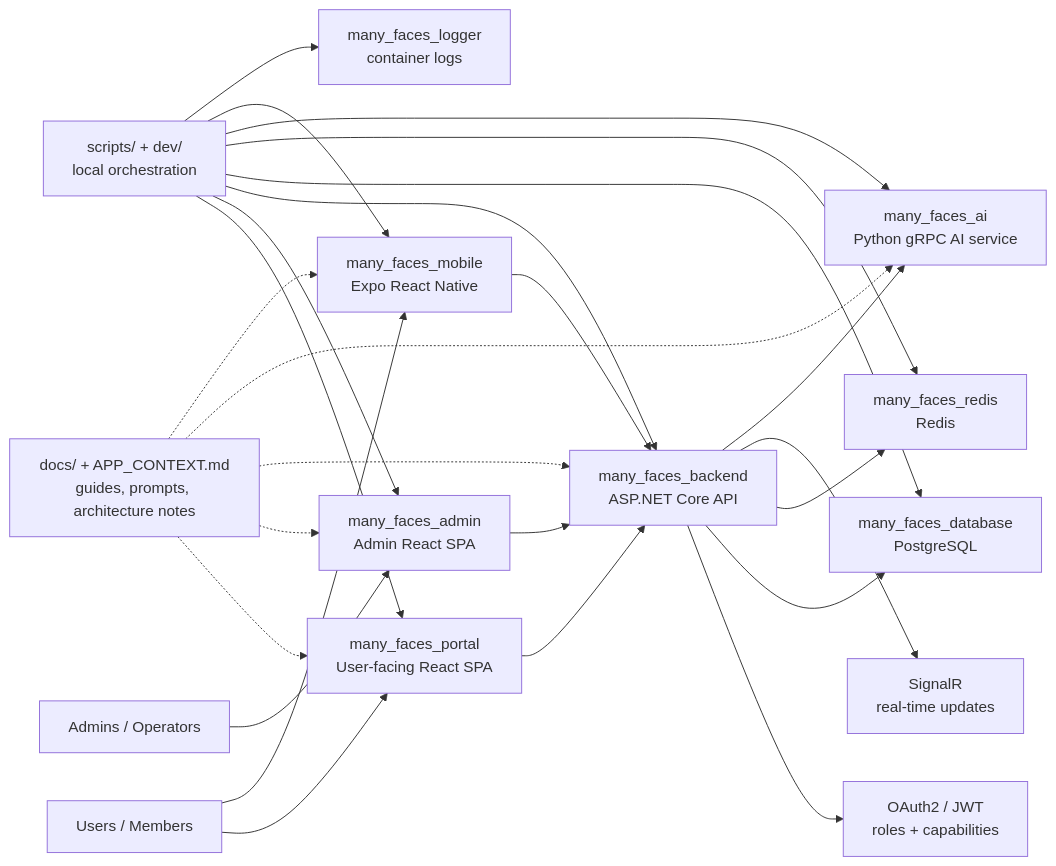
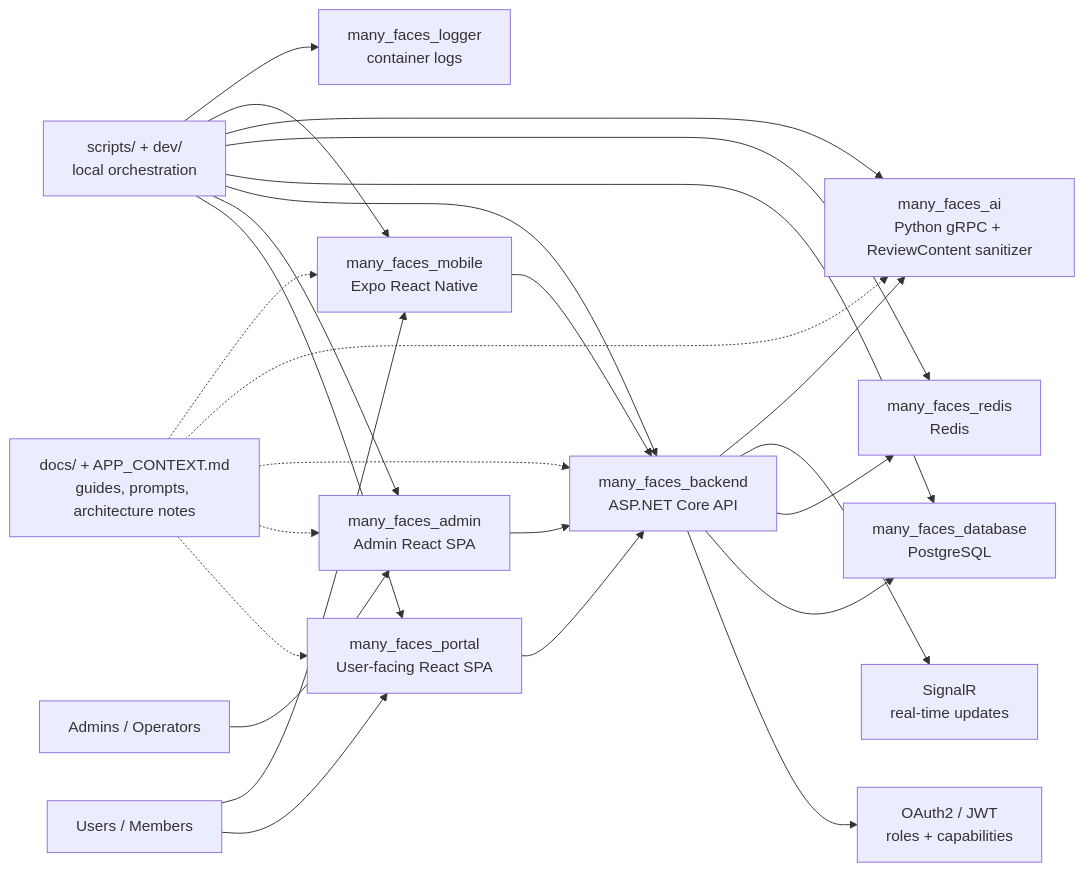
The first of 9 diagrams in README.md (01laky/mfai_demo), drawn with Mermaid before and after one commit. The commit also changed other lines of this file and 1 other file, not shown here.

````diff
--- a/README.md
+++ b/README.md
@@ -28,31 +28,31 @@
 ```mermaid
 flowchart LR
     visitor["Users / Members"] --> fe["many_faces_portal<br/>User-facing React SPA"]
     visitor --> mobile["many_faces_mobile<br/>Expo React Native"]
     adminUser["Admins / Operators"] --> admin["many_faces_admin<br/>Admin React SPA"]
 
     fe --> api["many_faces_backend<br/>ASP.NET Core API"]
     admin --> api
     mobile --> api
 
     api --> auth["OAuth2 / JWT<br/>roles + capabilities"]
     api --> db["many_faces_database<br/>PostgreSQL"]
     api --> redis["many_faces_redis<br/>Redis"]
     api --> realtime["SignalR<br/>real-time updates"]
-    api --> ai["many_faces_ai<br/>Python gRPC AI service"]
+    api --> ai["many_faces_ai<br/>Python gRPC + ReviewContent sanitizer"]
 
     scripts["scripts/ + dev/<br/>local orchestration"] --> fe
     scripts --> admin
     scripts --> api
     scripts --> db
     scripts --> redis
     scripts --> ai
     scripts --> mobile
     scripts --> logs["many_faces_logger<br/>container logs"]
 
     docs["docs/ + APP_CONTEXT.md<br/>guides, prompts, architecture notes"] -.-> fe
     docs -.-> admin
     docs -.-> api
     docs -.-> ai
     docs -.-> mobile
 ```
````
